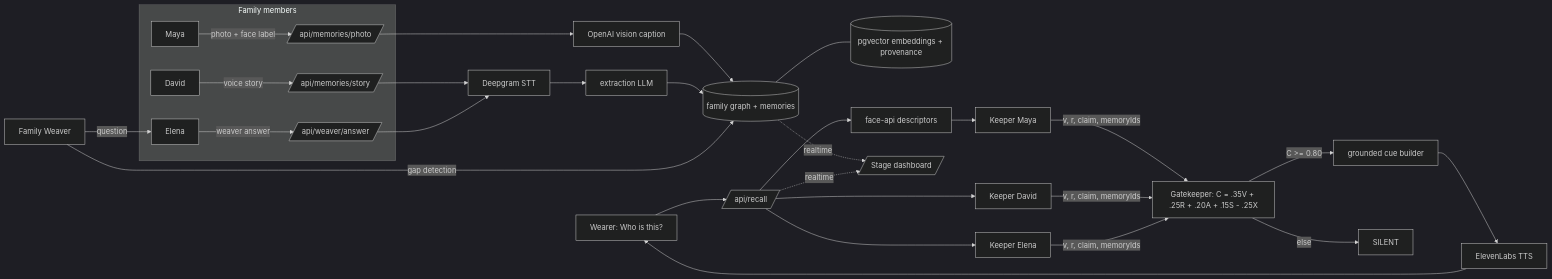
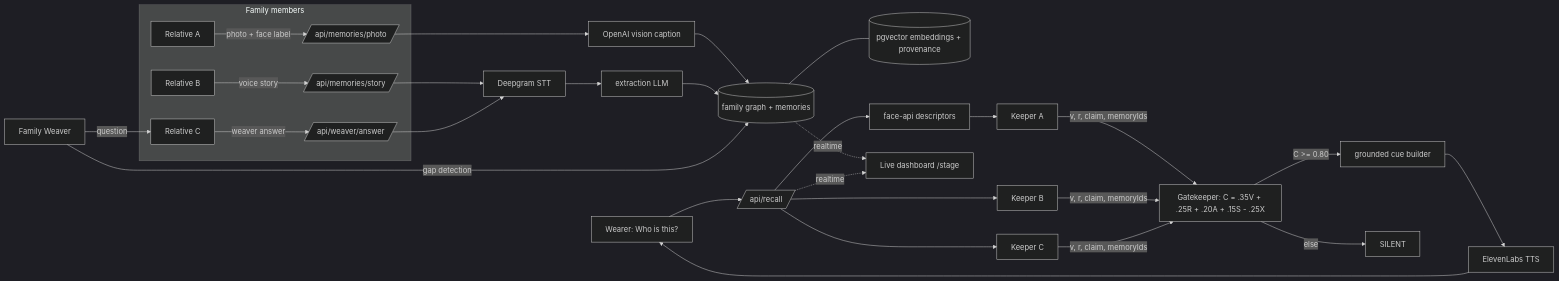
The diagram in README.md (Apramey006/kin), drawn with Mermaid (dark theme) before and after one commit. The commit also changed other lines of this file and 2 other files, not shown here.

````diff
--- a/README.md
+++ b/README.md
@@ -18,27 +28,27 @@
 ```mermaid
 flowchart LR
     subgraph Family["Family members"]
-        M[Maya] -->|photo + face label| P1[/api/memories/photo/]
-        D[David] -->|voice story| P2[/api/memories/story/]
-        E[Elena] -->|weaver answer| P3[/api/weaver/answer/]
+        A[Relative A] -->|photo + face label| P1[/api/memories/photo/]
+        B[Relative B] -->|voice story| P2[/api/memories/story/]
+        C2[Relative C] -->|weaver answer| P3[/api/weaver/answer/]
     end
 
     P1 --> V[OpenAI vision caption] --> G[(family graph + memories)]
     P2 --> DG[Deepgram STT] --> X[extraction LLM] --> G
     P3 --> DG
     G --- PG[(pgvector embeddings + provenance)]
 
     W[Wearer: Who is this?] --> R[/api/recall/]
-    R --> F[face-api descriptors] --> K1[Keeper Maya]
-    R --> K2[Keeper David]
-    R --> K3[Keeper Elena]
+    R --> F[face-api descriptors] --> K1[Keeper A]
+    R --> K2[Keeper B]
+    R --> K3[Keeper C]
     K1 & K2 & K3 -->|v, r, claim, memoryIds| GT[Gatekeeper: C = .35V + .25R + .20A + .15S - .25X]
     GT -->|C >= 0.80| SY[grounded cue builder] --> EL[ElevenLabs TTS] --> W
     GT -->|else| S[SILENT]
 
     WV[Family Weaver] -->|gap detection| G
-    WV -->|question| E
+    WV -->|question| C2
 
-    G -.realtime.-> ST[/Stage dashboard/]
+    G -.realtime.-> ST[Live dashboard /stage]
     R -.realtime.-> ST
 ```
````
